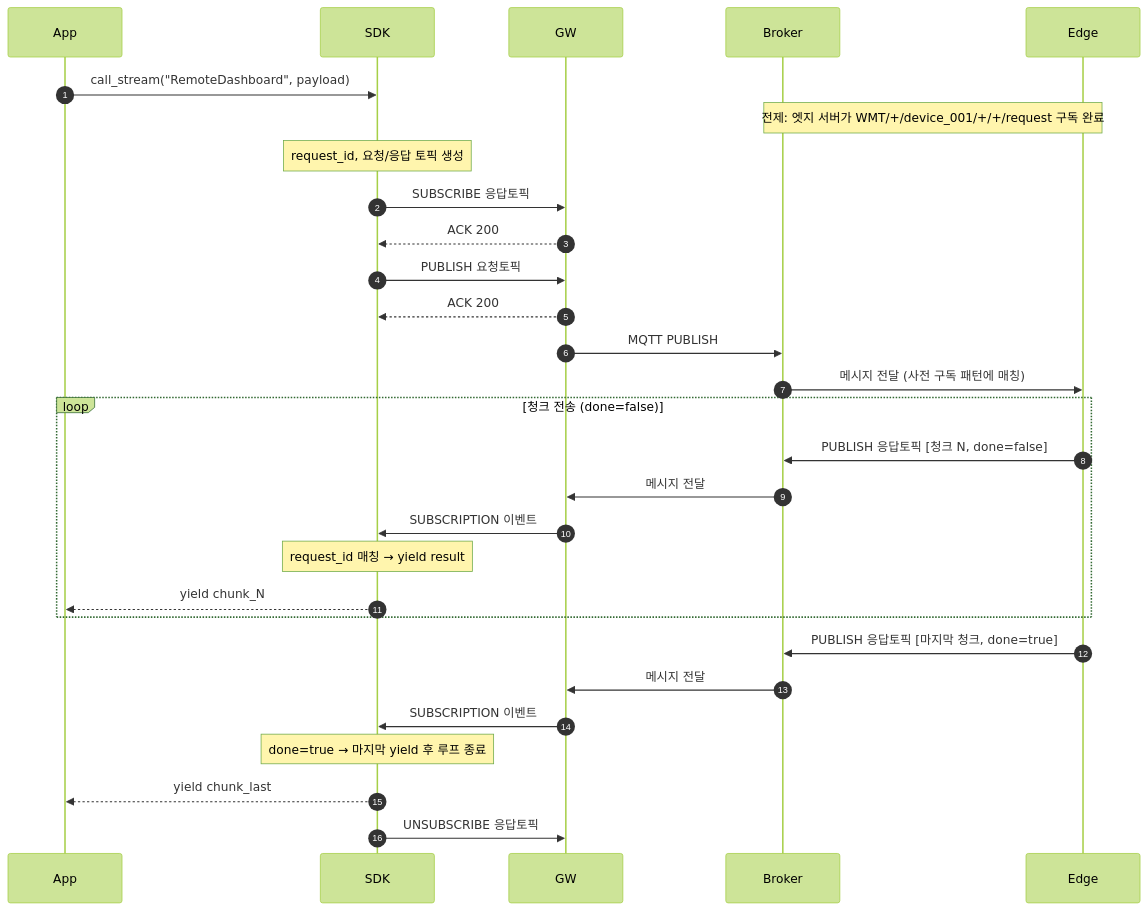
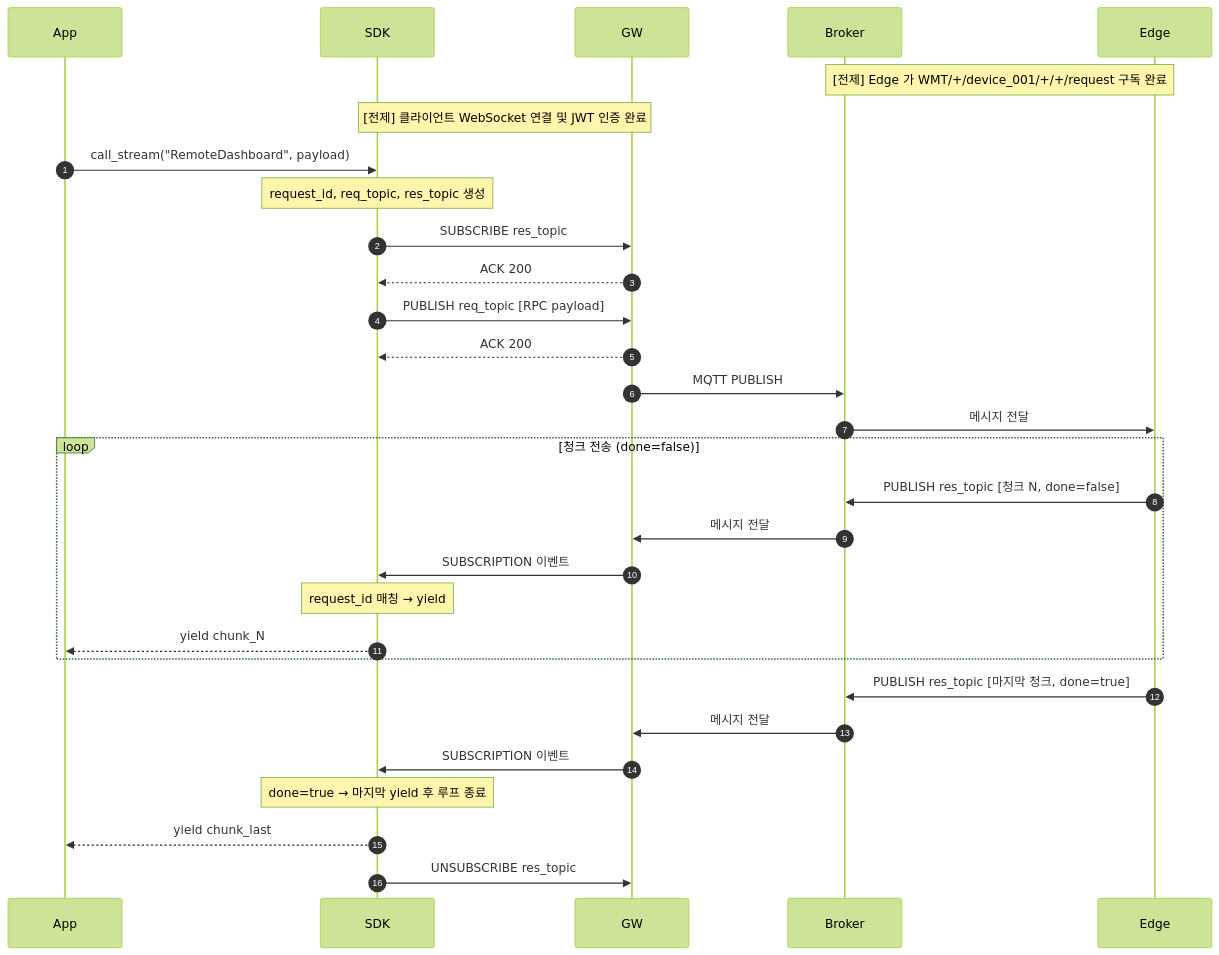
Before and after one commit to DongEunKim/MQTT-WSS-API: the seventh of 12 diagrams in docs/RPC_SEQUENCE_DIAGRAMS.md, drawn with Mermaid (forest theme). The commit also changed other lines of this file, not shown here.

First line of the commit message:
docs: 시퀀스 다이어그램 시인성 개선 및 모든 패턴에 Edge 사전 구독 전제 추가

````diff
--- a/docs/RPC_SEQUENCE_DIAGRAMS.md
+++ b/docs/RPC_SEQUENCE_DIAGRAMS.md
@@ -262,38 +275,37 @@
 ```mermaid
 sequenceDiagram
     autonumber
     participant App
     participant SDK
     participant GW
     participant Broker
     participant Edge
 
+    Note over Edge,Broker: [전제] Edge 가 WMT/+/device_001/+/+/request 구독 완료
+    Note over SDK,GW: [전제] 클라이언트 WebSocket 연결 및 JWT 인증 완료
+
     App->>SDK: call_stream("RemoteDashboard", payload)
+    Note over SDK: request_id, req_topic, res_topic 생성
 
-    Note over Edge,Broker: 전제: 엣지 서버가 WMT/+/device_001/+/+/request 구독 완료
-    Note over SDK: request_id, 요청/응답 토픽 생성
-
-    SDK->>GW: SUBSCRIBE 응답토픽
+    SDK->>GW: SUBSCRIBE res_topic
     GW-->>SDK: ACK 200
-    SDK->>GW: PUBLISH 요청토픽
+    SDK->>GW: PUBLISH req_topic [RPC payload]
     GW-->>SDK: ACK 200
     GW->>Broker: MQTT PUBLISH
-    Broker->>Edge: 메시지 전달 (사전 구독 패턴에 매칭)
+    Broker->>Edge: 메시지 전달
 
     loop 청크 전송 (done=false)
-        Edge->>Broker: PUBLISH 응답토픽 [청크 N, done=false]
+        Edge->>Broker: PUBLISH res_topic [청크 N, done=false]
         Broker->>GW: 메시지 전달
         GW->>SDK: SUBSCRIPTION 이벤트
-        Note over SDK: request_id 매칭 → yield result
+        Note over SDK: request_id 매칭 → yield
         SDK-->>App: yield chunk_N
     end
 
-    Edge->>Broker: PUBLISH 응답토픽 [마지막 청크, done=true]
+    Edge->>Broker: PUBLISH res_topic [마지막 청크, done=true]
     Broker->>GW: 메시지 전달
     GW->>SDK: SUBSCRIPTION 이벤트
-
     Note over SDK: done=true → 마지막 yield 후 루프 종료
-
     SDK-->>App: yield chunk_last
-    SDK->>GW: UNSUBSCRIBE 응답토픽
+    SDK->>GW: UNSUBSCRIBE res_topic
 ```
````
